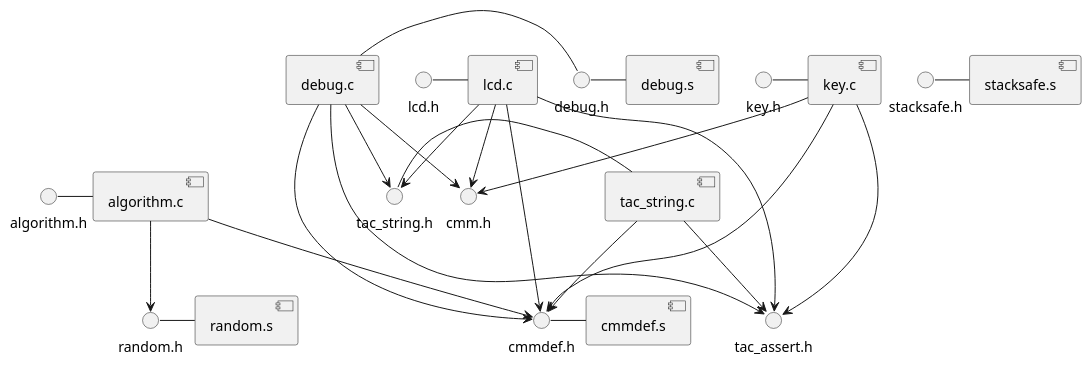
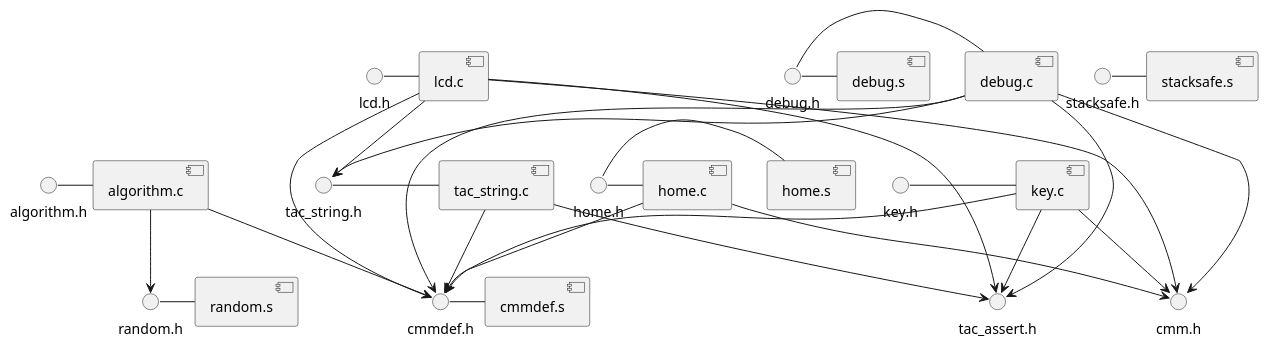
One commit to PCSE2026G1/TacOS changed the diagram in os/app/doc/files.pu. Above: the diagram before and after it, drawn with PlantUML. The commit also changed 3 other files, not shown here.

```diff
--- a/os/app/doc/files.pu
+++ b/os/app/doc/files.pu
@@ -1,53 +1,61 @@
 @startuml
 () "algorithm.h" as algorithm_h
 () "cmm.h" as cmm_h
 () "cmmdef.h" as cmmdef_h
 () "debug.h" as debug_h
+() "home.h" as home_h
 () "key.h" as key_h
 () "lcd.h" as lcd_h
 () "random.h" as random_h
 () "stacksafe.h" as stacksafe_h
 () "tac_assert.h" as tac_assert_h
 () "tac_string.h" as tac_string_h
 [algorithm.c] as algorithm_c
 [cmmdef.s] as cmmdef_s
 [debug.c] as debug_c
 [debug.s] as debug_s
+[home.c] as home_c
+[home.s] as home_s
 [key.c] as key_c
 [lcd.c] as lcd_c
 [random.s] as random_s
 [stacksafe.s] as stacksafe_s
 [tac_string.c] as tac_string_c
 
 algorithm_h - algorithm_c
 algorithm_c --> cmmdef_h
 algorithm_c --> random_h
 
 cmmdef_h - cmmdef_s
 
 debug_h - debug_c
 debug_h - debug_s
 debug_c --> cmmdef_h
 debug_c --> cmm_h
 debug_c --> tac_assert_h
 debug_c --> tac_string_h
+
+home_h - home_c
+home_h - home_s
+home_c --> cmmdef_h
+home_c --> cmm_h
 
 key_h - key_c
 key_c --> cmmdef_h
 key_c --> cmm_h
 key_c --> tac_assert_h
 
 lcd_h - lcd_c
 lcd_c --> cmmdef_h
 lcd_c --> cmm_h
 lcd_c --> tac_assert_h
 lcd_c --> tac_string_h
 
 random_h - random_s
 
 stacksafe_h - stacksafe_s
 
 tac_string_h - tac_string_c
 tac_string_c --> cmmdef_h
 tac_string_c --> tac_assert_h
 @enduml
```
